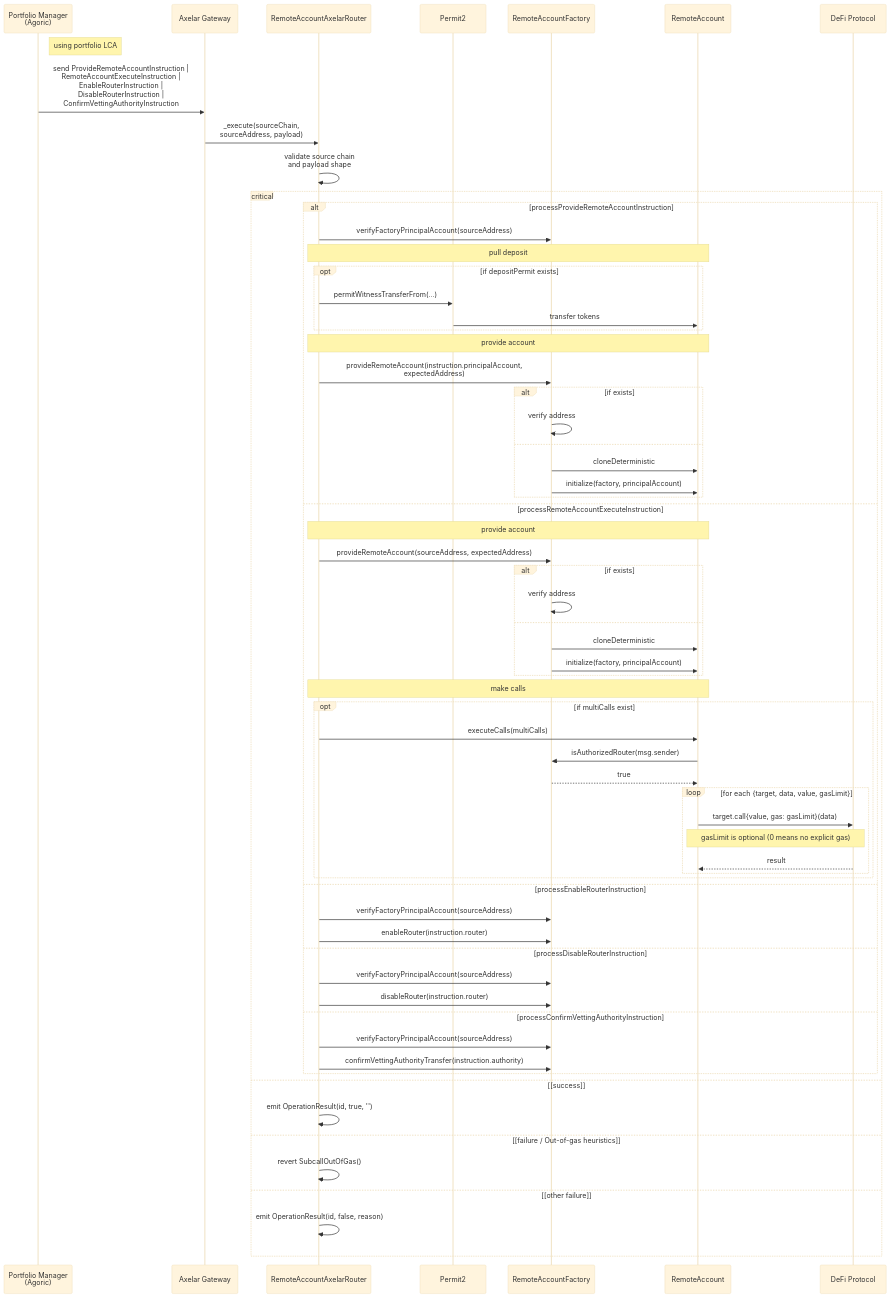
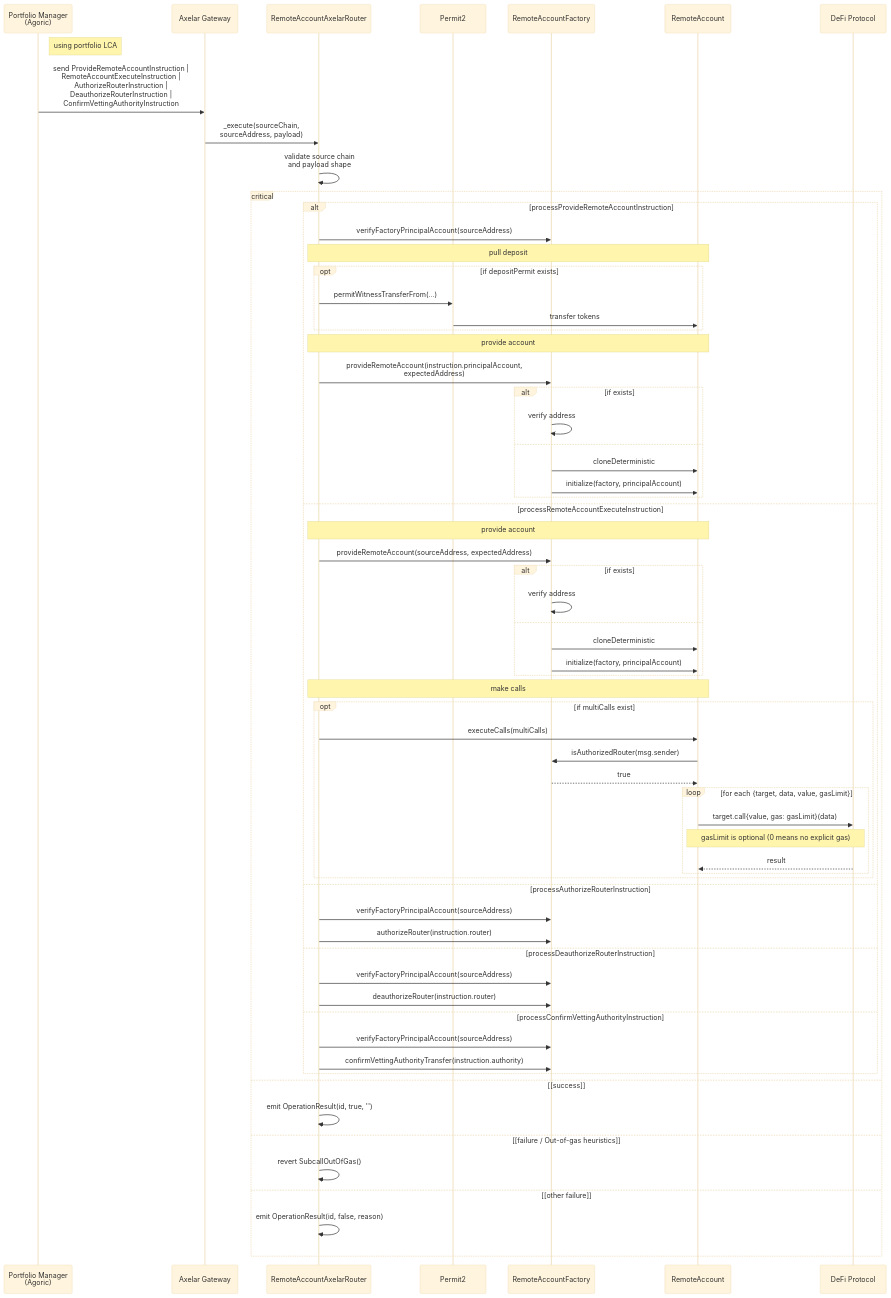
The eighth of 10 diagrams in packages/axelar-local-dev-cosmos/src/contracts/design.md (agoric-labs/agoric-to-axelar-local), drawn with Mermaid (base theme) before and after one commit. The commit also changed other lines of this file and 10 other files, not shown here.

Commit message:
chore: enable/disable/revoke -> authorize/deauthorize/unvet

````diff
--- a/packages/axelar-local-dev-cosmos/src/contracts/design.md
+++ b/packages/axelar-local-dev-cosmos/src/contracts/design.md
@@ -537,73 +537,73 @@
 ```mermaid
 sequenceDiagram
     participant PM as Portfolio Manager<br/>(Agoric)
     participant AXL as Axelar Gateway
     participant PR as RemoteAccountAxelarRouter
     participant P2 as Permit2
     participant RAF as RemoteAccountFactory
     participant RA as RemoteAccount
     participant DEFI as DeFi Protocol
 
     Note right of PM: using portfolio LCA
-    PM->>AXL: send ProvideRemoteAccountInstruction |<br>RemoteAccountExecuteInstruction |<br>EnableRouterInstruction |<br>DisableRouterInstruction |<br>ConfirmVettingAuthorityInstruction
+    PM->>AXL: send ProvideRemoteAccountInstruction |<br>RemoteAccountExecuteInstruction |<br>AuthorizeRouterInstruction |<br>DeauthorizeRouterInstruction |<br>ConfirmVettingAuthorityInstruction
     AXL->>PR: _execute(sourceChain,<br>sourceAddress, payload)
 
     PR->>PR: validate source chain<br>and payload shape
 
     critical
         alt processProvideRemoteAccountInstruction
             PR->>RAF: verifyFactoryPrincipalAccount(sourceAddress)
 
             Note over PR,RA: pull deposit
             opt if depositPermit exists
                 PR->>P2: permitWitnessTransferFrom(...)
                 P2->>RA: transfer tokens
             end
 
             Note over PR,RA: provide account
             PR->>RAF: provideRemoteAccount(instruction.principalAccount,<br> expectedAddress)
             alt if exists
                 RAF->>RAF: verify address
             else
                 RAF->>RA: cloneDeterministic
                 RAF->>RA: initialize(factory, principalAccount)
             end
         else processRemoteAccountExecuteInstruction
             Note over PR,RA: provide account
             PR->>RAF: provideRemoteAccount(sourceAddress, expectedAddress)
             alt if exists
                 RAF->>RAF: verify address
             else
                 RAF->>RA: cloneDeterministic
                 RAF->>RA: initialize(factory, principalAccount)
             end
 
             Note over PR,RA: make calls
             opt if multiCalls exist
                 PR->>RA: executeCalls(multiCalls)
                 RA->>RAF: isAuthorizedRouter(msg.sender)
                 RAF-->>RA: true
                 loop for each {target, data, value, gasLimit}
                     RA->>DEFI: target.call{value, gas: gasLimit}(data)
                     Note over RA,DEFI: gasLimit is optional (0 means no explicit gas)
                     DEFI-->>RA: result
                 end
             end
-        else processEnableRouterInstruction
+        else processAuthorizeRouterInstruction
             PR->>RAF: verifyFactoryPrincipalAccount(sourceAddress)
-            PR->>RAF: enableRouter(instruction.router)
-        else processDisableRouterInstruction
+            PR->>RAF: authorizeRouter(instruction.router)
+        else processDeauthorizeRouterInstruction
             PR->>RAF: verifyFactoryPrincipalAccount(sourceAddress)
-            PR->>RAF: disableRouter(instruction.router)
+            PR->>RAF: deauthorizeRouter(instruction.router)
         else processConfirmVettingAuthorityInstruction
             PR->>RAF: verifyFactoryPrincipalAccount(sourceAddress)
             PR->>RAF: confirmVettingAuthorityTransfer(instruction.authority)
         end
     option [success]
         PR->>PR: emit OperationResult(id, true, '')
     option [failure / Out-of-gas heuristics]
         PR->>PR: revert SubcallOutOfGas()
     option [other failure]
         PR->>PR: emit OperationResult(id, false, reason)
     end
 ```
````
